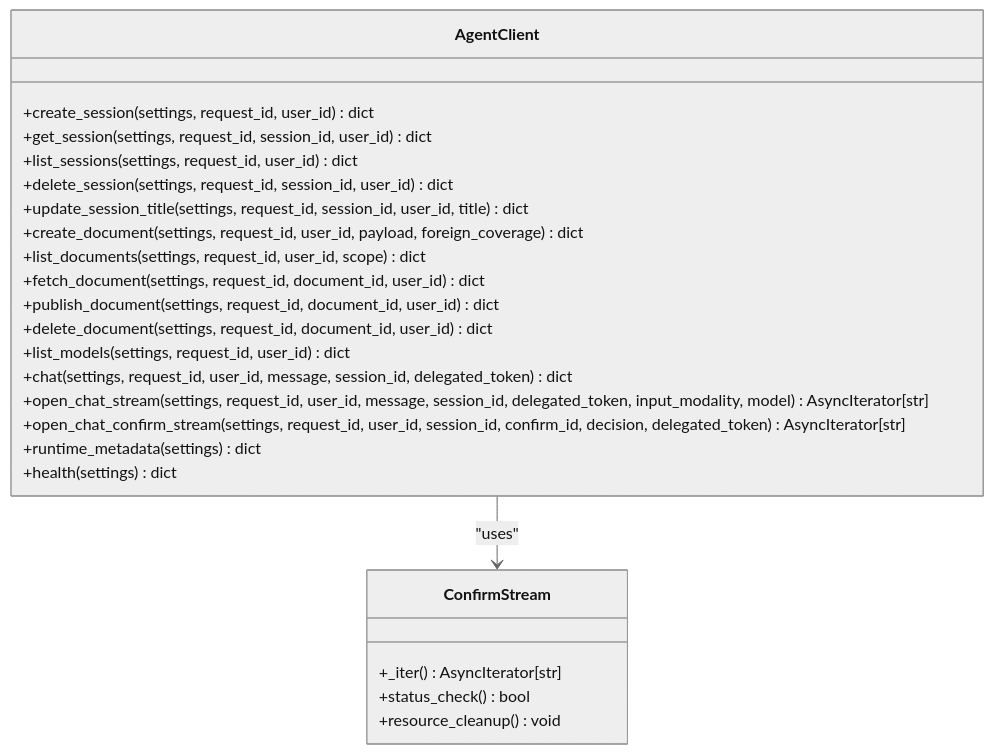
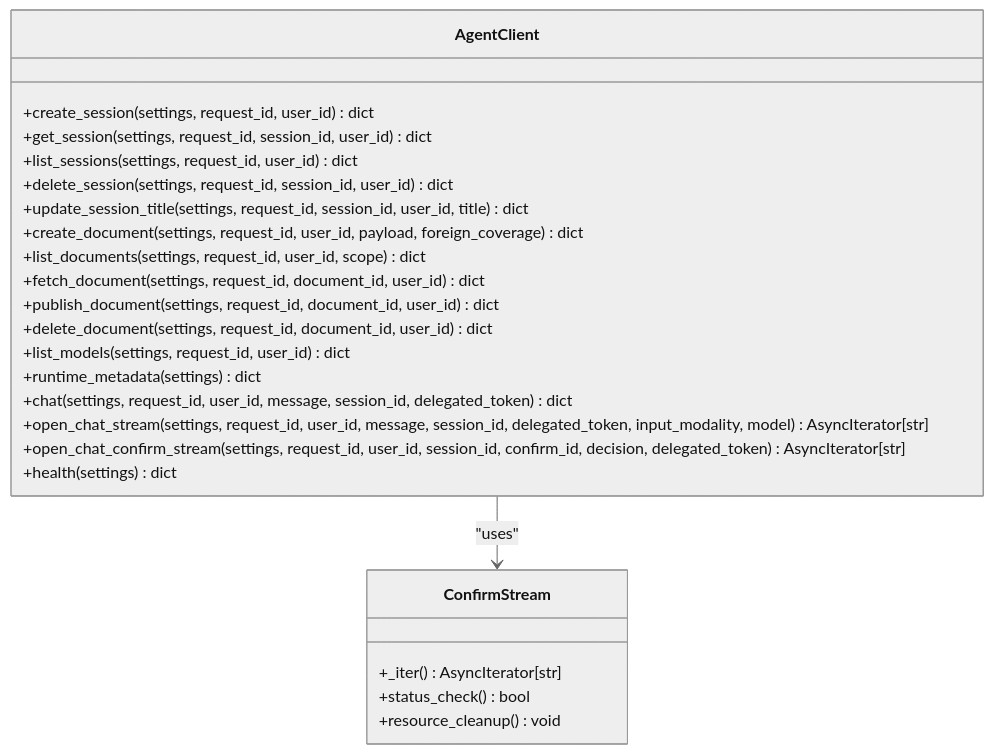
Before and after one commit to metasync/luban-aiops: the eighth of 16 diagrams in .qoder/repowiki/en/content/Architecture Documentation/Platform Gateway Service.md, drawn with Mermaid (neutral theme). The commit also changed other lines of this file and 5 other files, not shown here.

````diff
--- a/.qoder/repowiki/en/content/Architecture Documentation/Platform Gateway Service.md
+++ b/.qoder/repowiki/en/content/Architecture Documentation/Platform Gateway Service.md
@@ -643,27 +703,27 @@
 ```mermaid
 classDiagram
 class AgentClient {
 +create_session(settings, request_id, user_id) dict
 +get_session(settings, request_id, session_id, user_id) dict
 +list_sessions(settings, request_id, user_id) dict
 +delete_session(settings, request_id, session_id, user_id) dict
 +update_session_title(settings, request_id, session_id, user_id, title) dict
 +create_document(settings, request_id, user_id, payload, foreign_coverage) dict
 +list_documents(settings, request_id, user_id, scope) dict
 +fetch_document(settings, request_id, document_id, user_id) dict
 +publish_document(settings, request_id, document_id, user_id) dict
 +delete_document(settings, request_id, document_id, user_id) dict
 +list_models(settings, request_id, user_id) dict
++runtime_metadata(settings) dict
 +chat(settings, request_id, user_id, message, session_id, delegated_token) dict
 +open_chat_stream(settings, request_id, user_id, message, session_id, delegated_token, input_modality, model) AsyncIterator[str]
 +open_chat_confirm_stream(settings, request_id, user_id, session_id, confirm_id, decision, delegated_token) AsyncIterator[str]
-+runtime_metadata(settings) dict
 +health(settings) dict
 }
 class ConfirmStream {
 +_iter() AsyncIterator[str]
 +status_check() bool
 +resource_cleanup() void
 }
 AgentClient --> ConfirmStream : "uses"
 ```
````
